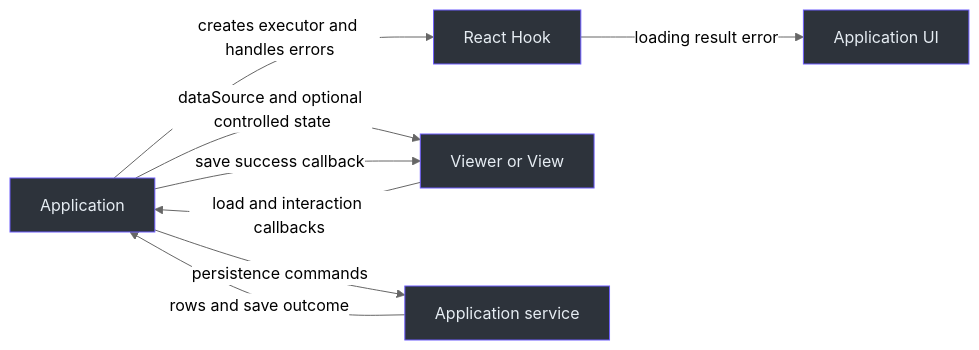
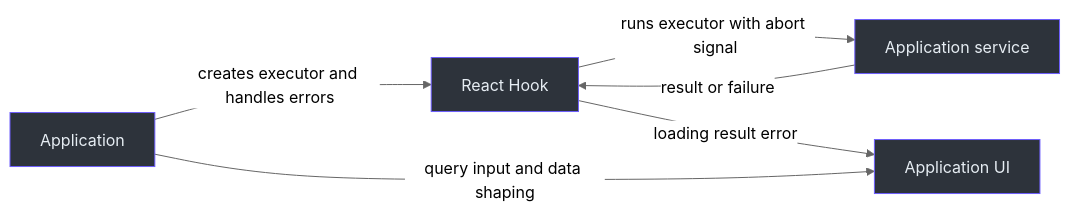
The diagram in wiki/architecture/state-and-resources.md (Ahoo-Wang/fetcher), drawn with Mermaid (neutral theme) before and after one commit. The commit also changed other lines of this file and 149 other files, not shown here.

````diff
--- a/wiki/architecture/state-and-resources.md
+++ b/wiki/architecture/state-and-resources.md
@@ -14,11 +14,9 @@
 ```mermaid
 flowchart LR
   App[Application] -->|creates executor and handles errors| Hook[React Hook]
+  Hook -->|runs executor with abort signal| Server[Application service]
+  Server -->|result or failure| Hook
   Hook -->|loading result error| UI[Application UI]
-  App -->|dataSource and optional controlled state| Table[Viewer or View]
-  Table -->|load and interaction callbacks| App
-  App -->|persistence commands| Server[Application service]
-  Server -->|rows and save outcome| App
-  App -->|save success callback| Table
+  App -->|query input and data shaping| UI
   classDef default fill:#2d333b,stroke:#6d5dfc,color:#e6edf3
 ```
````
